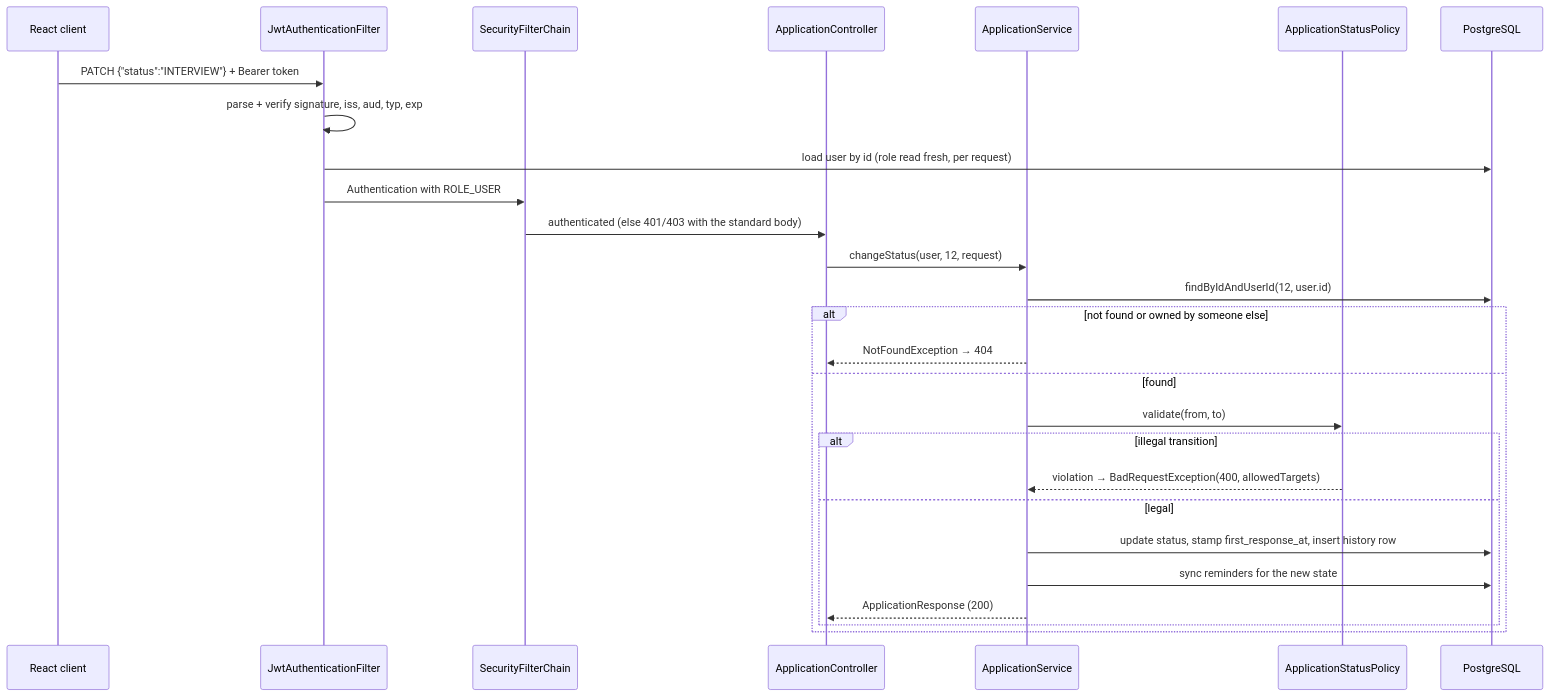
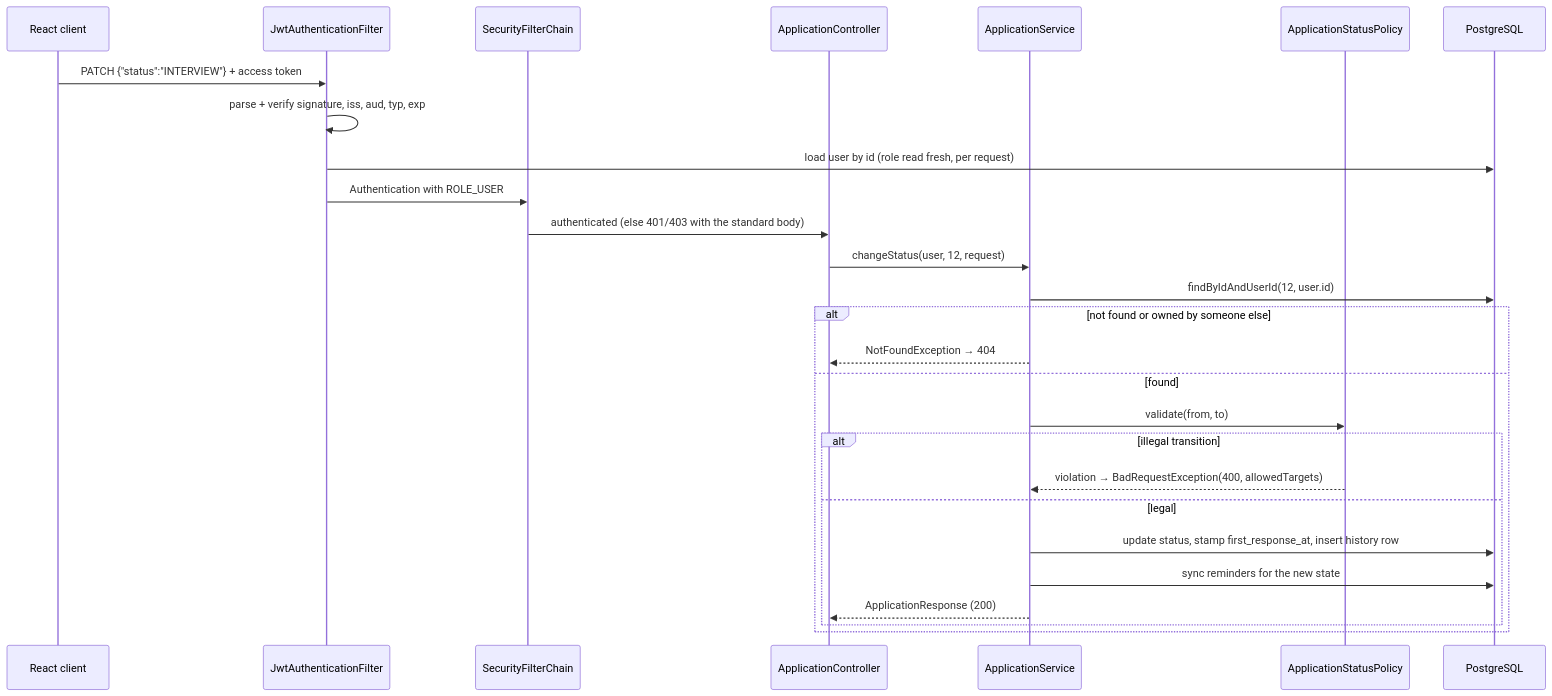
One commit to lavanya1486/jobtrack changed the first of 2 diagrams in docs/architecture.md. Above: the diagram before and after it, drawn with Mermaid. The commit also changed other lines of this file and 2 other files, not shown here.

````diff
--- a/docs/architecture.md
+++ b/docs/architecture.md
@@ -62,30 +62,30 @@
 ```mermaid
 sequenceDiagram
     participant C as React client
     participant F as JwtAuthenticationFilter
     participant SC as SecurityFilterChain
     participant CT as ApplicationController
     participant SV as ApplicationService
     participant P as ApplicationStatusPolicy
     participant DB as PostgreSQL
 
-    C->>F: PATCH {"status":"INTERVIEW"} + Bearer token
+    C->>F: PATCH {"status":"INTERVIEW"} + access token
     F->>F: parse + verify signature, iss, aud, typ, exp
     F->>DB: load user by id (role read fresh, per request)
     F->>SC: Authentication with ROLE_USER
     SC->>CT: authenticated (else 401/403 with the standard body)
     CT->>SV: changeStatus(user, 12, request)
     SV->>DB: findByIdAndUserId(12, user.id)
     alt not found or owned by someone else
         SV-->>CT: NotFoundException → 404
     else found
         SV->>P: validate(from, to)
         alt illegal transition
             P-->>SV: violation → BadRequestException(400, allowedTargets)
         else legal
             SV->>DB: update status, stamp first_response_at, insert history row
             SV->>DB: sync reminders for the new state
             SV-->>CT: ApplicationResponse (200)
         end
     end
 ```
````
